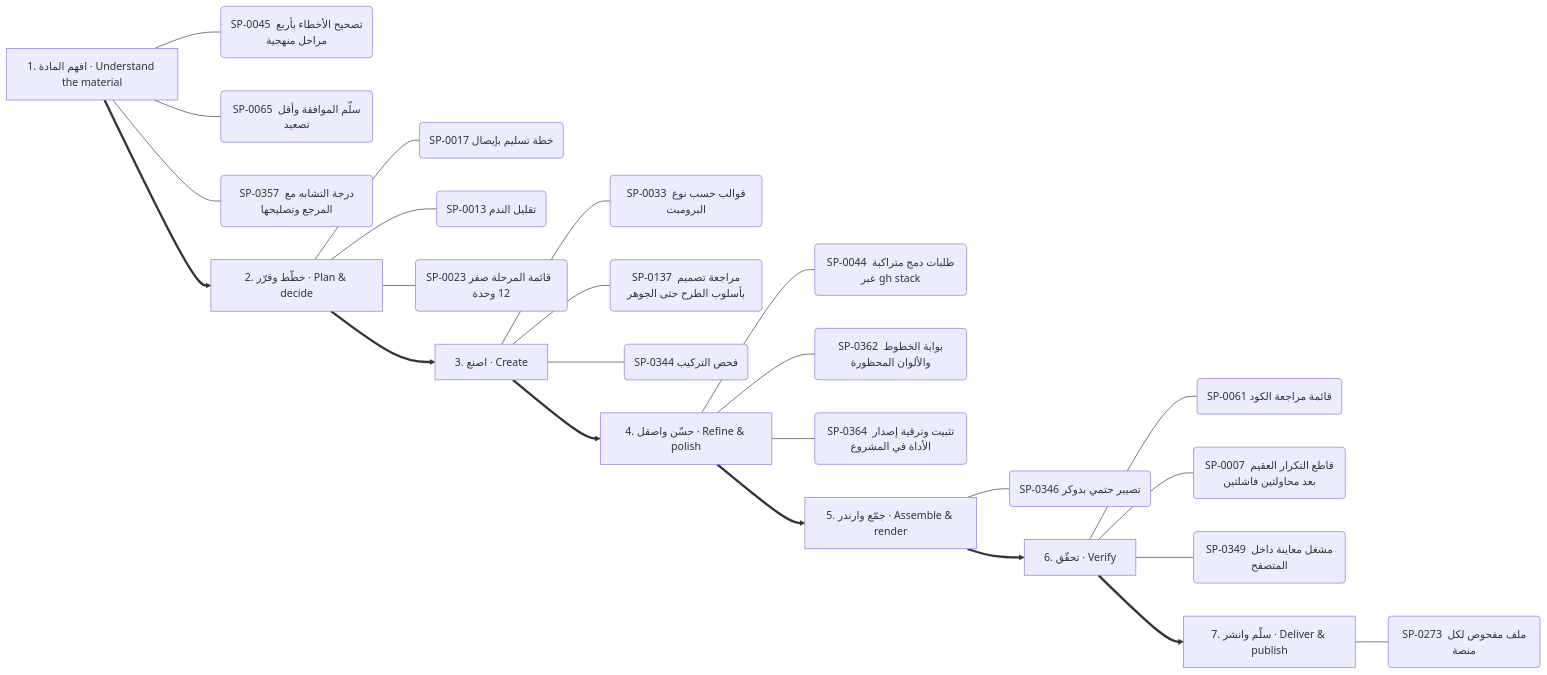
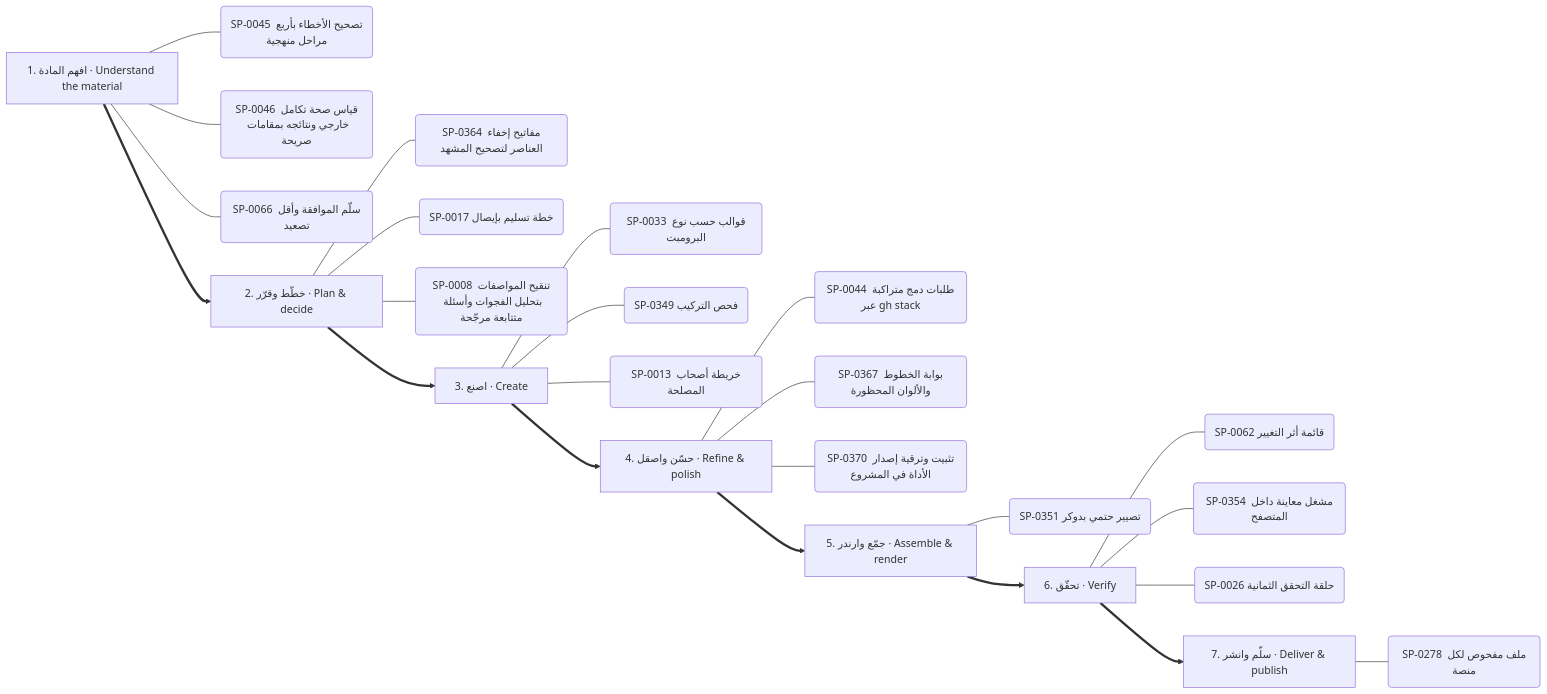
The tenth of 13 diagrams in .claude/skills/kosif-superpowers/references/capability-mindmap.md (kosif199022-jpg/kosif-tool), drawn with Mermaid before and after one commit. The commit also changed other lines of this file and 376 other files, not shown here.

````diff
--- a/.claude/skills/kosif-superpowers/references/capability-mindmap.md
+++ b/.claude/skills/kosif-superpowers/references/capability-mindmap.md
@@ -500,33 +504,33 @@
 ```mermaid
 flowchart LR
   S0["1. افهم المادة · Understand the material"]
   S0 --- S0_0("SP-0045 تصحيح الأخطاء بأربع مراحل منهجية")
-  S0 --- S0_1("SP-0065 سلّم الموافقة وأقل تصعيد")
-  S0 --- S0_2("SP-0357 درجة التشابه مع المرجع وتصليحها")
+  S0 --- S0_1("SP-0046 قياس صحة تكامل خارجي ونتائجه بمقامات صريحة")
+  S0 --- S0_2("SP-0066 سلّم الموافقة وأقل تصعيد")
   S1["2. خطّط وقرّر · Plan & decide"]
-  S1 --- S1_0("SP-0017 خطة تسليم بإيصال")
-  S1 --- S1_1("SP-0013 تقليل الندم")
-  S1 --- S1_2("SP-0023 قائمة المرحلة صفر  12 وحدة ")
+  S1 --- S1_0("SP-0364 مفاتيح إخفاء العناصر لتصحيح المشهد")
+  S1 --- S1_1("SP-0017 خطة تسليم بإيصال")
+  S1 --- S1_2("SP-0008 تنقيح المواصفات بتحليل الفجوات وأسئلة متتابعة مرجّحة")
   S0 ==> S1
   S2["3. اصنع · Create"]
   S2 --- S2_0("SP-0033 قوالب حسب نوع البرومبت")
-  S2 --- S2_1("SP-0137 مراجعة تصميم بأسلوب الطرح حتى الجوهر")
-  S2 --- S2_2("SP-0344 فحص التركيب")
+  S2 --- S2_1("SP-0349 فحص التركيب")
+  S2 --- S2_2("SP-0013 خريطة أصحاب المصلحة")
   S1 ==> S2
   S3["4. حسّن واصقل · Refine & polish"]
   S3 --- S3_0("SP-0044 طلبات دمج متراكبة عبر gh stack")
-  S3 --- S3_1("SP-0362 بوابة الخطوط والألوان المحظورة")
-  S3 --- S3_2("SP-0364 تثبيت وترقية إصدار الأداة في المشروع")
+  S3 --- S3_1("SP-0367 بوابة الخطوط والألوان المحظورة")
+  S3 --- S3_2("SP-0370 تثبيت وترقية إصدار الأداة في المشروع")
   S2 ==> S3
   S4["5. جمّع وارندر · Assemble & render"]
-  S4 --- S4_0("SP-0346 تصيير حتمي بدوكر")
+  S4 --- S4_0("SP-0351 تصيير حتمي بدوكر")
   S3 ==> S4
   S5["6. تحقّق · Verify"]
-  S5 --- S5_0("SP-0061 قائمة مراجعة الكود")
-  S5 --- S5_1("SP-0007 قاطع التكرار العقيم بعد محاولتين فاشلتين")
-  S5 --- S5_2("SP-0349 مشغل معاينة داخل المتصفح")
+  S5 --- S5_0("SP-0062 قائمة أثر التغيير")
+  S5 --- S5_1("SP-0354 مشغل معاينة داخل المتصفح")
+  S5 --- S5_2("SP-0026 حلقة التحقق الثمانية")
   S4 ==> S5
   S6["7. سلّم وانشر · Deliver & publish"]
-  S6 --- S6_0("SP-0273 ملف مفحوص لكل منصة")
+  S6 --- S6_0("SP-0278 ملف مفحوص لكل منصة")
   S5 ==> S6
 ```
````
